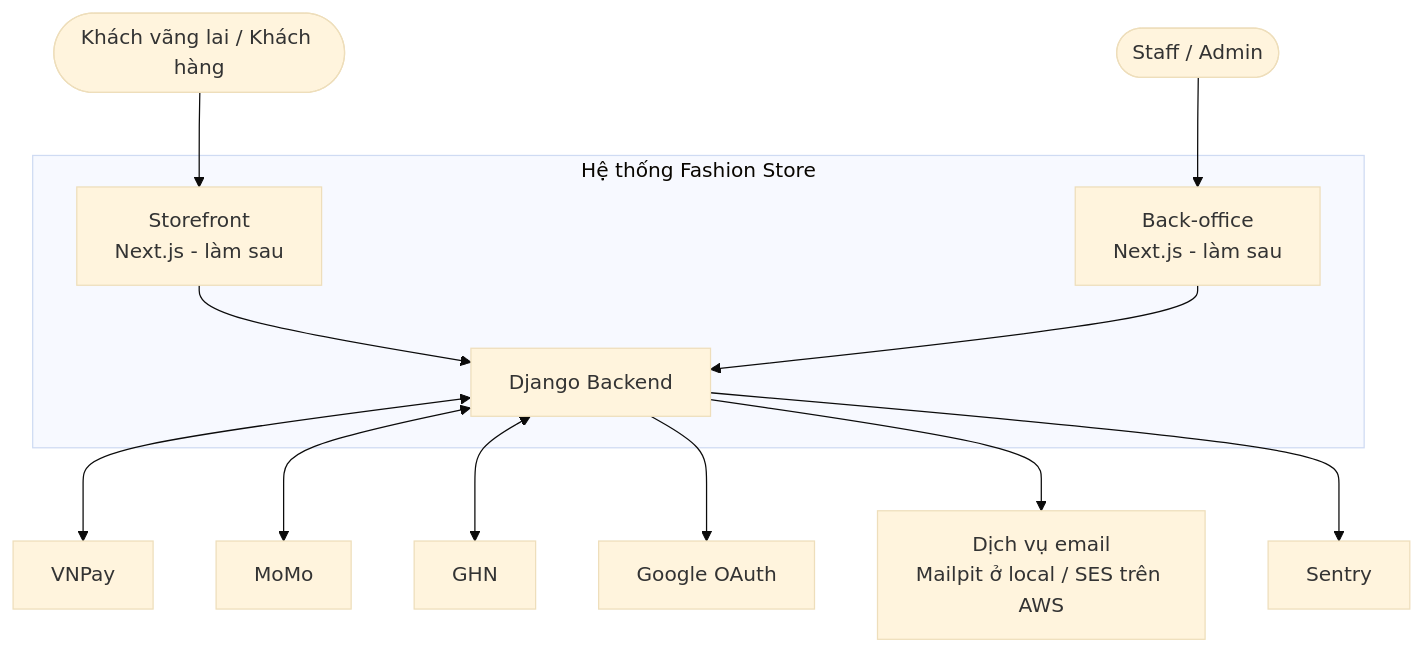
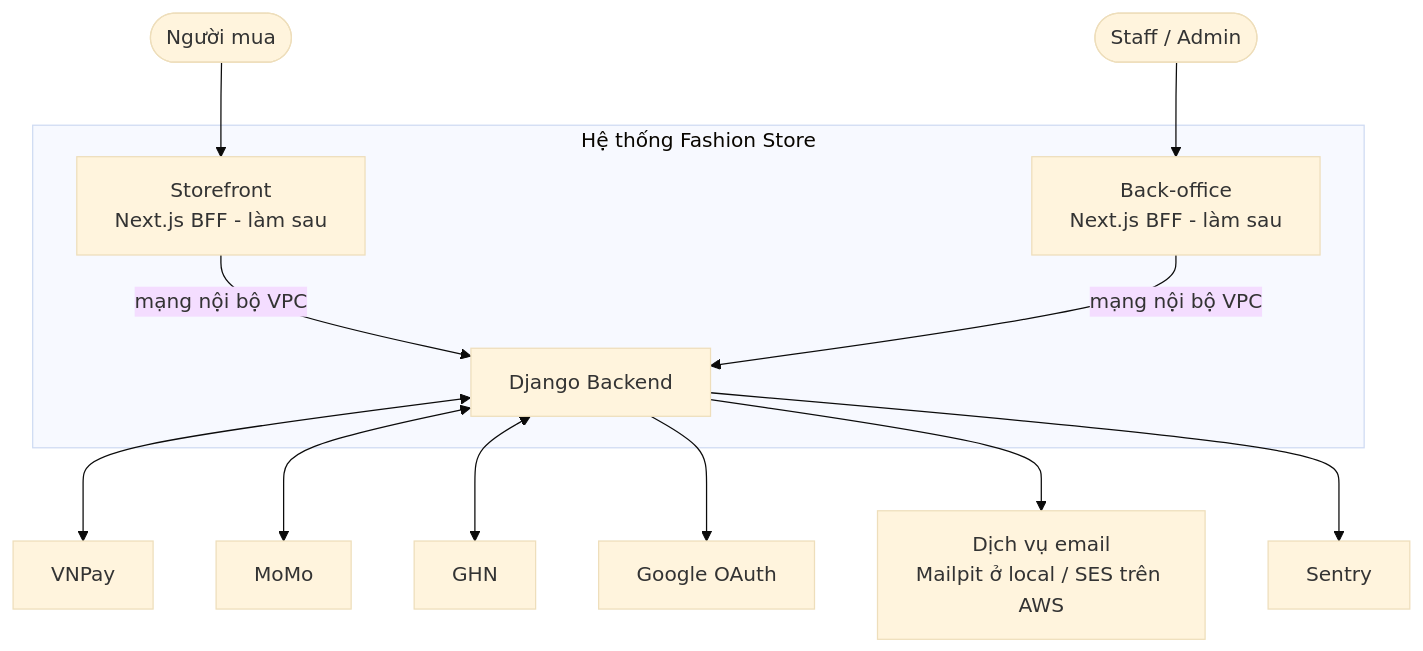
One commit to LuongCongThanh/boilerplate-ecommerce-next-16 changed the first of 4 diagrams in docs/architecture/01-system-context.md. Above: the diagram before and after it, drawn with Mermaid (base theme). The commit also changed other lines of this file and 21 other files, not shown here.

First line of the commit message:
docs: resolve architecture review findings

````diff
--- a/docs/architecture/01-system-context.md
+++ b/docs/architecture/01-system-context.md
@@ -7,29 +7,29 @@
 ```mermaid
 graph TB
-    guest([Khách vãng lai / Khách hàng])
+    guest([Người mua])
     staff([Staff / Admin])
 
     subgraph system [Hệ thống Fashion Store]
-        sf[Storefront<br/>Next.js - làm sau]
-        bo[Back-office<br/>Next.js - làm sau]
+        sf[Storefront<br/>Next.js BFF - làm sau]
+        bo[Back-office<br/>Next.js BFF - làm sau]
         be[Django Backend]
     end
 
     vnpay[VNPay]
     momo[MoMo]
     ghn[GHN]
     google[Google OAuth]
     mail[Dịch vụ email<br/>Mailpit ở local / SES trên AWS]
     sentry[Sentry]
 
     guest --> sf
     staff --> bo
-    sf --> be
-    bo --> be
+    sf -->|mạng nội bộ VPC| be
+    bo -->|mạng nội bộ VPC| be
     be <--> vnpay
     be <--> momo
     be <--> ghn
     be --> google
     be --> mail
     be --> sentry
 ```
````
